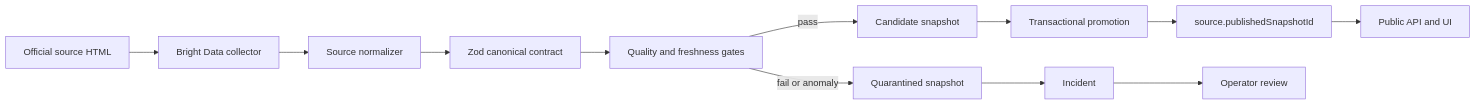
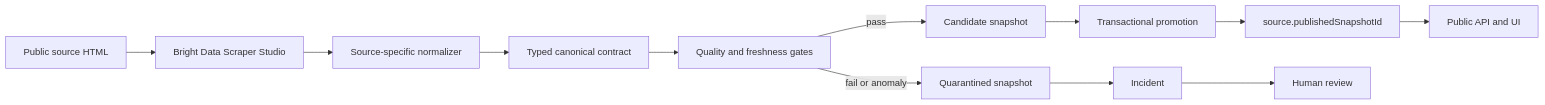
Before and after one commit to cmdr-chara/coolpath-live: the diagram in docs/architecture.md, drawn with Mermaid. The commit also changed other lines of this file and 24 other files, not shown here.

````diff
--- a/docs/architecture.md
+++ b/docs/architecture.md
@@ -19,14 +19,14 @@
 ```mermaid
 flowchart LR
-    A["Official source HTML"] --> B["Bright Data collector"]
-    B --> C["Source normalizer"]
-    C --> D["Zod canonical contract"]
+    A["Public source HTML"] --> B["Bright Data Scraper Studio"]
+    B --> C["Source-specific normalizer"]
+    C --> D["Typed canonical contract"]
     D --> E["Quality and freshness gates"]
     E -->|"pass"| F["Candidate snapshot"]
     F --> G["Transactional promotion"]
     G --> H["source.publishedSnapshotId"]
     H --> I["Public API and UI"]
     E -->|"fail or anomaly"| J["Quarantined snapshot"]
     J --> K["Incident"]
-    K --> L["Operator review"]
+    K --> L["Human review"]
 ```
````
